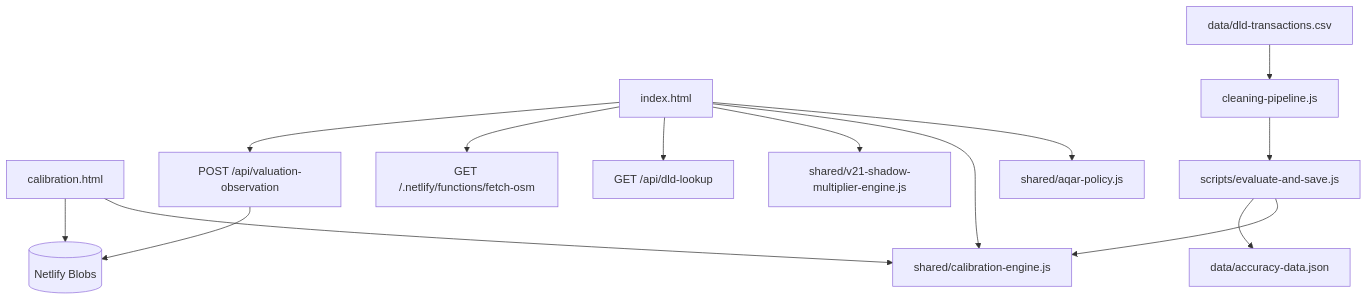
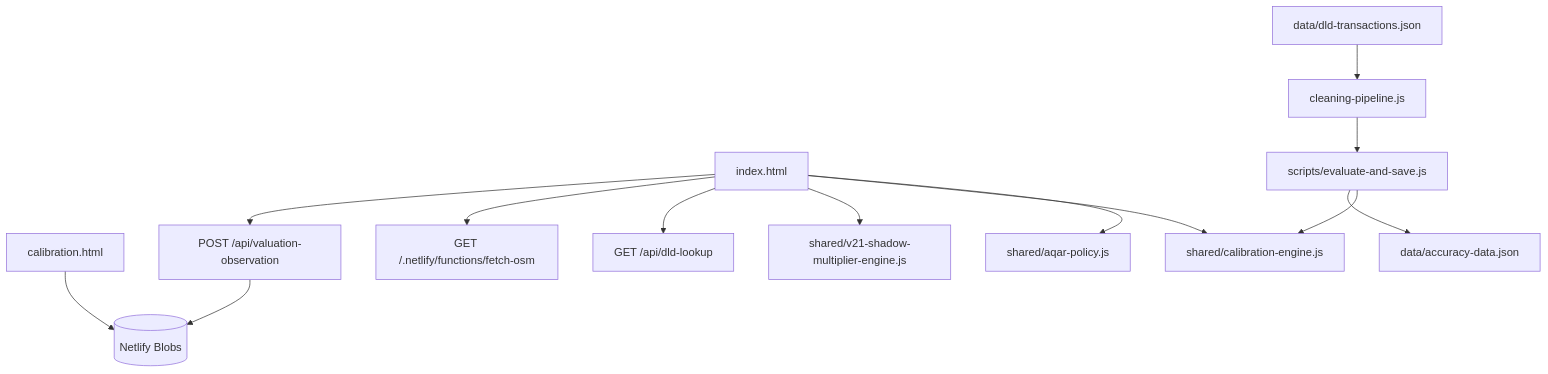
One commit to Hichemorca/aqar-evaluate-engine changed the diagram in docs/developer-guide-ar.md. Above: the diagram before and after it, drawn with Mermaid. The commit also changed 2 other files, not shown here.

Commit message:
Add English developer architecture guide
Merged after successful CI and Netlify checks. Documentation-only change; no evaluator logic, calibration values, official artifacts, or production settings changed.

````diff
--- a/docs/developer-guide-ar.md
+++ b/docs/developer-guide-ar.md
@@ -50,30 +50,29 @@
 ```mermaid
 flowchart TD
   UI[index.html]
   CAL[calibration.html]
   POLICY[shared/aqar-policy.js]
   ENGINE[shared/calibration-engine.js]
   SHADOW[shared/v21-shadow-multiplier-engine.js]
   DLD[GET /api/dld-lookup]
   GIS[GET /.netlify/functions/fetch-osm]
   OBS[POST /api/valuation-observation]
   STORE[(Netlify Blobs)]
-  RAW[data/dld-transactions.csv]
+  RAW[data/dld-transactions.json]
   CLEAN[cleaning-pipeline.js]
   BATCH[scripts/evaluate-and-save.js]
   ACC[data/accuracy-data.json]
 
   UI --> POLICY
   UI --> ENGINE
   UI --> SHADOW
   UI --> DLD
   UI --> GIS
   UI --> OBS
-  CAL --> ENGINE
   CAL --> STORE
   OBS --> STORE
   RAW --> CLEAN
   CLEAN --> BATCH
   BATCH --> ENGINE
   BATCH --> ACC
 ```
````
